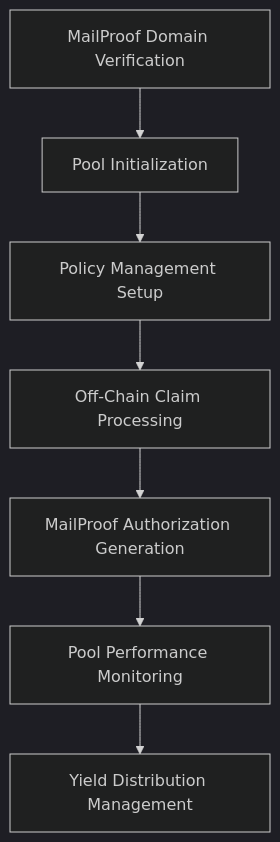
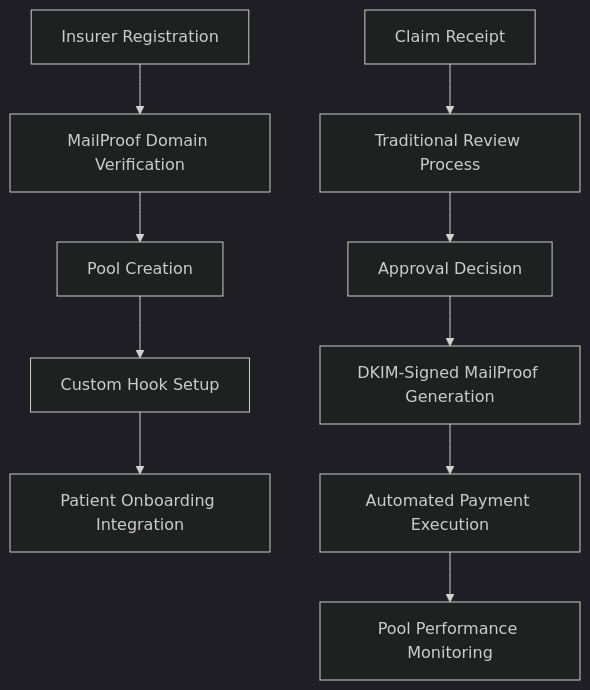
The fifth of 8 diagrams in memory-bank/systemPatterns.md (ppezzull/zkMed), drawn with Mermaid (dark theme) before and after one commit. The commit also changed other lines of this file and 3 other files, not shown here.

````diff
--- a/memory-bank/systemPatterns.md
+++ b/memory-bank/systemPatterns.md
@@ -237,9 +177,12 @@
 ```mermaid
-graph TB
-    A[MailProof Domain Verification] --> B[Pool Initialization]
-    B --> C[Policy Management Setup]
-    C --> D[Off-Chain Claim Processing]
-    D --> E[MailProof Authorization Generation]
-    E --> F[Pool Performance Monitoring]
-    F --> G[Yield Distribution Management]
+graph TD
+    A[Insurer Registration] --> B[MailProof Domain Verification]
+    B --> C[Pool Creation] --> D[Custom Hook Setup]
+    D --> E[Patient Onboarding Integration]
+    
+    F[Claim Receipt] --> G[Traditional Review Process]
+    G --> H[Approval Decision]
+    H --> I[DKIM-Signed MailProof Generation]
+    I --> J[Automated Payment Execution]
+    J --> K[Pool Performance Monitoring]
 ```
````
